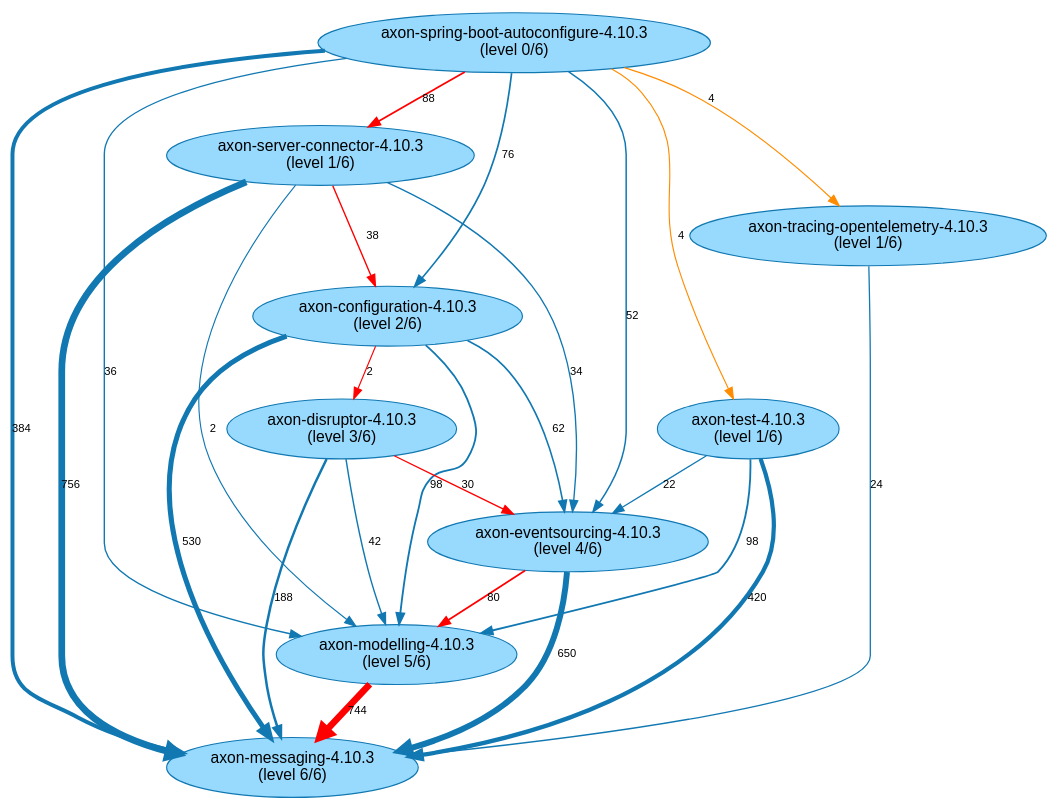
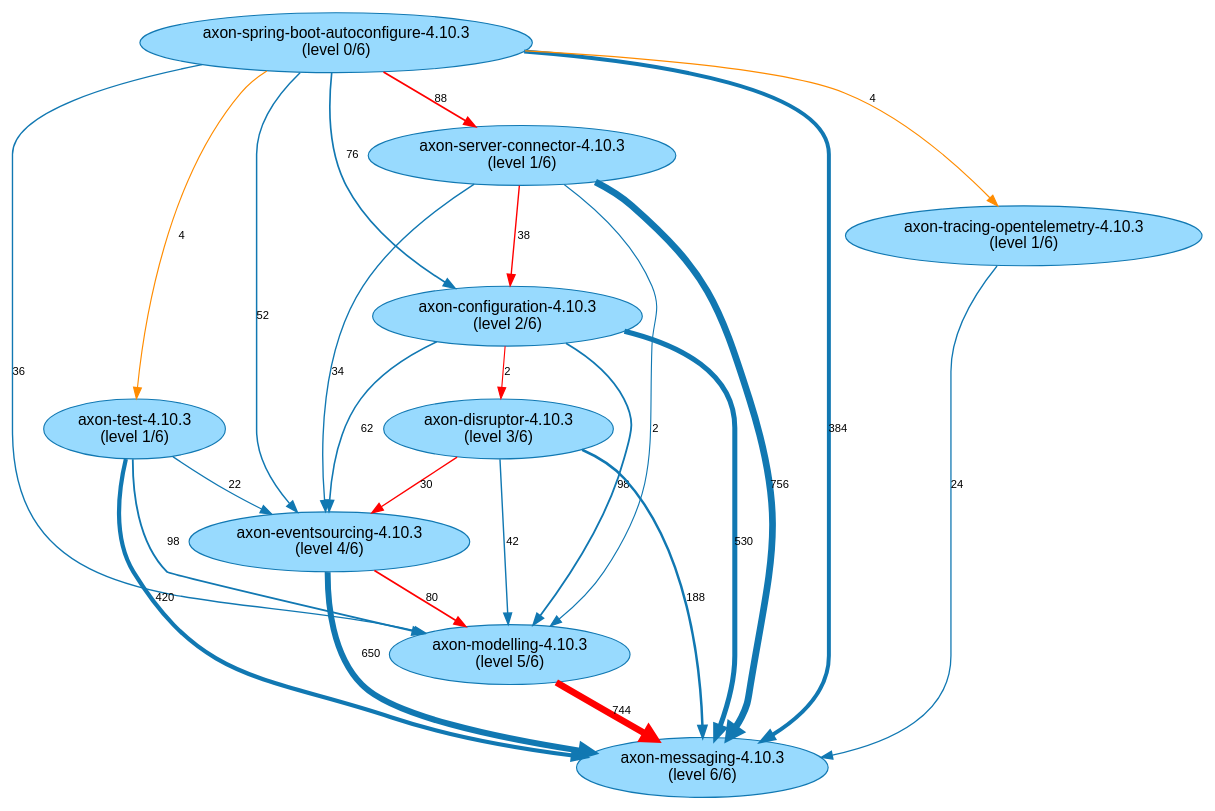
One commit to JohT/code-graph-analysis-pipeline changed the diagram in results/AxonFramework-4.10.3/path-finding-visualization/JavaArtifactLongestPaths.gv. Above: the diagram before and after it, drawn with Graphviz. The commit also changed other lines of this file and 110 other files, not shown here.

```diff
--- a/results/AxonFramework-4.10.3/path-finding-visualization/JavaArtifactLongestPaths.gv
+++ b/results/AxonFramework-4.10.3/path-finding-visualization/JavaArtifactLongestPaths.gv
@@ -1,37 +1,37 @@
 // This GraphViz dot file was generated by the script convertQueryResultCsvToGraphVizDotFile.sh with default.template
 
 strict digraph JavaArtifactLongestPaths {
     fontname = "Helvetica,Arial,sans-serif";
     node [fontname = "Helvetica,Arial,sans-serif";];
     edge [fontname = "Helvetica,Arial,sans-serif"; fontsize = 10;];
     node [style = filled; fillcolor = "0.560 0.400 0.999";];
     node [color = "0.560 0.900 0.700";];
     edge [color = "0.560 0.900 0.700";];
 	"axon-eventsourcing-4.10.3\n(level 4/6)" -> "axon-messaging-4.10.3\n(level 6/6)" [label=650; penwidth=5.3; ];
 	"axon-eventsourcing-4.10.3\n(level 4/6)" -> "axon-modelling-4.10.3\n(level 5/6)" [label=80; penwidth=1.52; color="red"; ];
 	"axon-spring-boot-autoconfigure-4.10.3\n(level 0/6)" -> "axon-messaging-4.10.3\n(level 6/6)" [label=384; penwidth=3.53; ];
+	"axon-spring-boot-autoconfigure-4.10.3\n(level 0/6)" -> "axon-test-4.10.3\n(level 1/6)" [label=4; penwidth=1.01; ];
+	"axon-spring-boot-autoconfigure-4.10.3\n(level 0/6)" -> "axon-configuration-4.10.3\n(level 2/6)" [label=76; penwidth=1.49; ];
 	"axon-spring-boot-autoconfigure-4.10.3\n(level 0/6)" -> "axon-modelling-4.10.3\n(level 5/6)" [label=36; penwidth=1.23; ];
 	"axon-spring-boot-autoconfigure-4.10.3\n(level 0/6)" -> "axon-eventsourcing-4.10.3\n(level 4/6)" [label=52; penwidth=1.33; ];
-	"axon-spring-boot-autoconfigure-4.10.3\n(level 0/6)" -> "axon-configuration-4.10.3\n(level 2/6)" [label=76; penwidth=1.49; ];
 	"axon-spring-boot-autoconfigure-4.10.3\n(level 0/6)" -> "axon-server-connector-4.10.3\n(level 1/6)" [label=88; penwidth=1.57; color="red"; ];
 	"axon-spring-boot-autoconfigure-4.10.3\n(level 0/6)" -> "axon-tracing-opentelemetry-4.10.3\n(level 1/6)" [label=4; penwidth=1.01; ];
-	"axon-spring-boot-autoconfigure-4.10.3\n(level 0/6)" -> "axon-test-4.10.3\n(level 1/6)" [label=4; penwidth=1.01; ];
 	"axon-server-connector-4.10.3\n(level 1/6)" -> "axon-messaging-4.10.3\n(level 6/6)" [label=756; penwidth=6.0; ];
 	"axon-server-connector-4.10.3\n(level 1/6)" -> "axon-configuration-4.10.3\n(level 2/6)" [label=38; penwidth=1.24; color="red"; ];
 	"axon-server-connector-4.10.3\n(level 1/6)" -> "axon-eventsourcing-4.10.3\n(level 4/6)" [label=34; penwidth=1.21; ];
 	"axon-server-connector-4.10.3\n(level 1/6)" -> "axon-modelling-4.10.3\n(level 5/6)" [label=2; penwidth=1.0; ];
 	"axon-tracing-opentelemetry-4.10.3\n(level 1/6)" -> "axon-messaging-4.10.3\n(level 6/6)" [label=24; penwidth=1.15; ];
-	"axon-configuration-4.10.3\n(level 2/6)" -> "axon-modelling-4.10.3\n(level 5/6)" [label=98; penwidth=1.64; ];
 	"axon-configuration-4.10.3\n(level 2/6)" -> "axon-messaging-4.10.3\n(level 6/6)" [label=530; penwidth=4.5; ];
 	"axon-configuration-4.10.3\n(level 2/6)" -> "axon-eventsourcing-4.10.3\n(level 4/6)" [label=62; penwidth=1.4; ];
+	"axon-configuration-4.10.3\n(level 2/6)" -> "axon-modelling-4.10.3\n(level 5/6)" [label=98; penwidth=1.64; ];
 	"axon-configuration-4.10.3\n(level 2/6)" -> "axon-disruptor-4.10.3\n(level 3/6)" [label=2; penwidth=1.0; color="red"; ];
 	"axon-modelling-4.10.3\n(level 5/6)" -> "axon-messaging-4.10.3\n(level 6/6)" [label=744; penwidth=5.92; color="red"; ];
 	"axon-disruptor-4.10.3\n(level 3/6)" -> "axon-messaging-4.10.3\n(level 6/6)" [label=188; penwidth=2.23; ];
+	"axon-disruptor-4.10.3\n(level 3/6)" -> "axon-modelling-4.10.3\n(level 5/6)" [label=42; penwidth=1.27; ];
 	"axon-disruptor-4.10.3\n(level 3/6)" -> "axon-eventsourcing-4.10.3\n(level 4/6)" [label=30; penwidth=1.19; color="red"; ];
-	"axon-disruptor-4.10.3\n(level 3/6)" -> "axon-modelling-4.10.3\n(level 5/6)" [label=42; penwidth=1.27; ];
 	"axon-test-4.10.3\n(level 1/6)" -> "axon-messaging-4.10.3\n(level 6/6)" [label=420; penwidth=3.77; ];
 	"axon-test-4.10.3\n(level 1/6)" -> "axon-modelling-4.10.3\n(level 5/6)" [label=98; penwidth=1.64; ];
 	"axon-test-4.10.3\n(level 1/6)" -> "axon-eventsourcing-4.10.3\n(level 4/6)" [label=22; penwidth=1.13; ];
 	"axon-spring-boot-autoconfigure-4.10.3\n(level 0/6)" -> "axon-tracing-opentelemetry-4.10.3\n(level 1/6)" [label=4; penwidth=1.01; color="darkorange"; ];
 	"axon-spring-boot-autoconfigure-4.10.3\n(level 0/6)" -> "axon-test-4.10.3\n(level 1/6)" [label=4; penwidth=1.01; color="darkorange"; ];
 }
```
